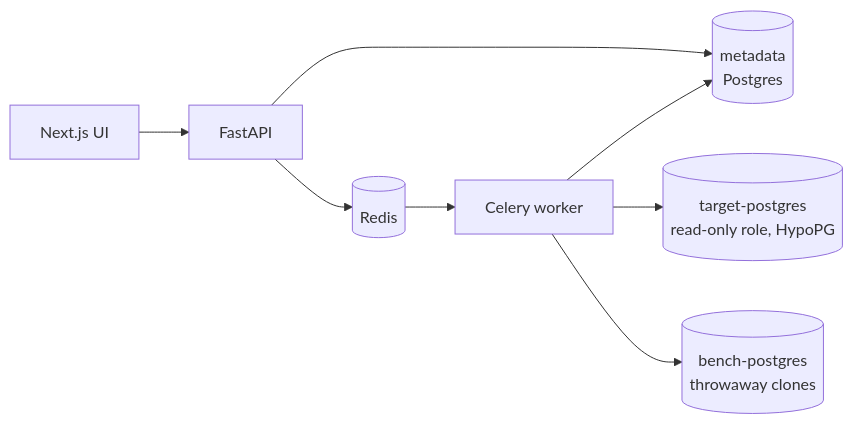
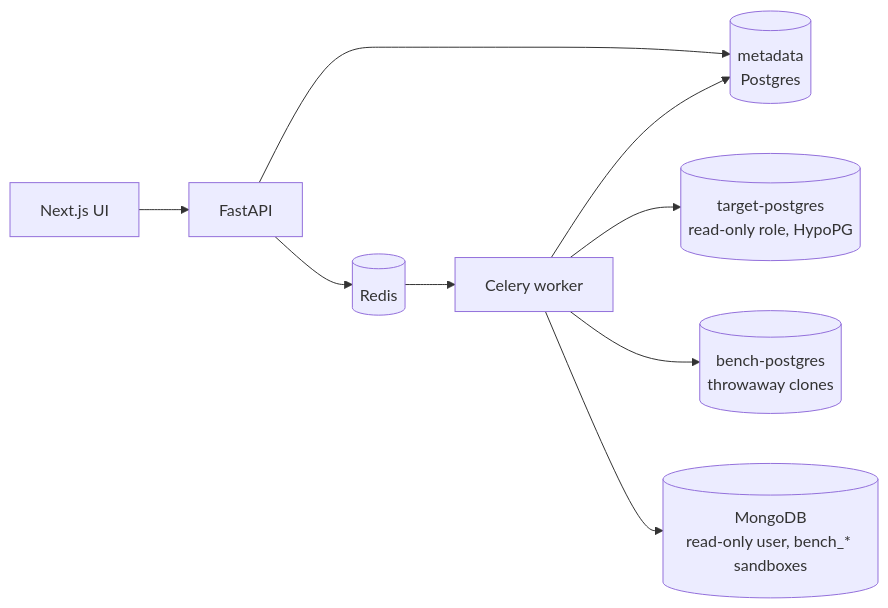
One commit to mrhpsingh01/query_doctor changed the diagram in README.md. Above: the diagram before and after it, drawn with Mermaid. The commit also changed other lines of this file and 148 other files, not shown here.

First line of the commit message:
docs+e2e: MongoDB journey, README/architecture/security updates, screenshots; normalize line endings to LF (.gitattributes)

````diff
--- a/README.md
+++ b/README.md
@@ -98,10 +139,11 @@
 ```mermaid
 flowchart LR
     UI["Next.js UI"] --> API["FastAPI"]
     API --> Meta[("metadata\nPostgres")]
     API --> Redis[("Redis")]
     Redis --> Worker["Celery worker"]
     Worker --> Target[("target-postgres\nread-only role, HypoPG")]
     Worker --> Bench[("bench-postgres\nthrowaway clones")]
+    Worker --> Mongo[("MongoDB\nread-only user, bench_* sandboxes")]
     Worker --> Meta
 ```
````
